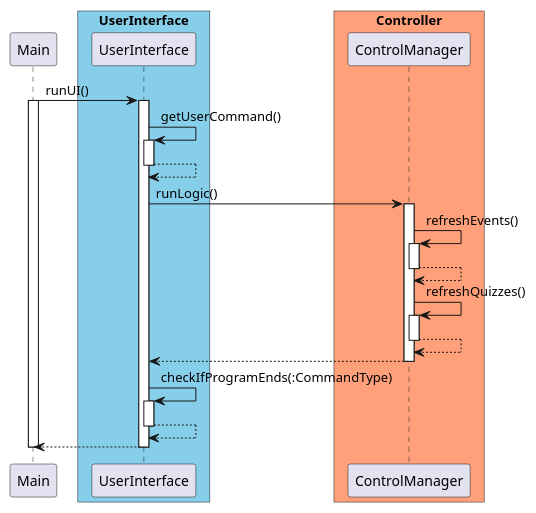
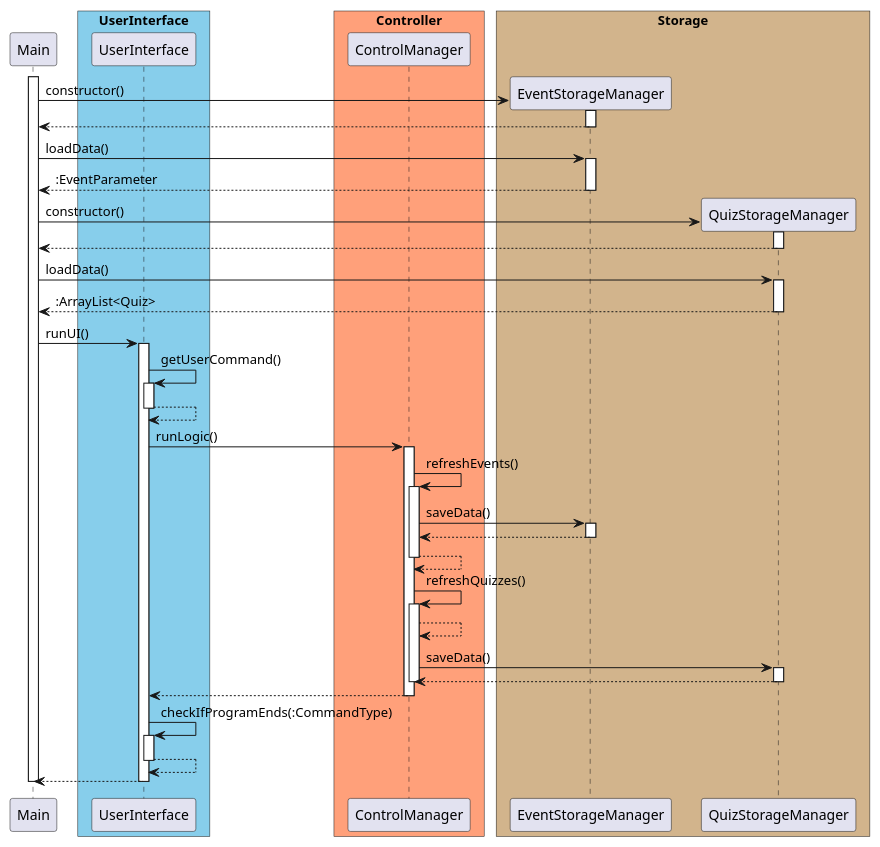
The diagram in docs/diagram/StorageSequence.puml (untitle4/tp), drawn with PlantUML before and after one commit. The commit also changed 5 other files, not shown here.

Commit message:
Revise StorageSequence.puml

```diff
--- a/docs/diagram/StorageSequence.puml
+++ b/docs/diagram/StorageSequence.puml
@@ -1,44 +1,78 @@
 @startuml
 
 skinparam ParticipantPadding 10
 skinparam BoxPadding 5
 
 participant Main
 
 box "UserInterface" #skyblue
 participant UserInterface
 end box
 
 box "Controller" #LightSalmon
 participant ControlManager
 end box
 
+box "Storage" #Tan
+participant EventStorageManager
+participant QuizStorageManager
+end box
+
+activate Main
+Main -> EventStorageManager** : constructor()
+activate EventStorageManager
+EventStorageManager --> Main
+deactivate EventStorageManager
+
+Main -> EventStorageManager : loadData()
+activate EventStorageManager
+EventStorageManager --> Main : :EventParameter
+deactivate EventStorageManager
+
+Main -> QuizStorageManager** : constructor()
+activate QuizStorageManager
+QuizStorageManager --> Main
+deactivate QuizStorageManager
+
+Main -> QuizStorageManager : loadData()
+activate QuizStorageManager
+QuizStorageManager --> Main : :ArrayList<Quiz>
+deactivate QuizStorageManager
+
 Main -> UserInterface : runUI()
-activate Main
 activate UserInterface
 UserInterface -> UserInterface : getUserCommand()
 activate UserInterface
 UserInterface --> UserInterface
 deactivate UserInterface
 UserInterface -> ControlManager : runLogic()
 activate ControlManager
 ControlManager -> ControlManager : refreshEvents()
 activate ControlManager
+ControlManager -> EventStorageManager : saveData()
+activate EventStorageManager
+EventStorageManager --> ControlManager
+deactivate EventStorageManager
 ControlManager --> ControlManager
 deactivate ControlManager
 ControlManager -> ControlManager : refreshQuizzes()
 activate ControlManager
 ControlManager --> ControlManager
+ControlManager -> QuizStorageManager : saveData()
+activate QuizStorageManager
+QuizStorageManager --> ControlManager
+deactivate QuizStorageManager
 deactivate ControlManager
 ControlManager --> UserInterface
+deactivate ControlManager
 deactivate ControlManager
 UserInterface -> UserInterface : checkIfProgramEnds(:CommandType)
 activate UserInterface
 UserInterface --> UserInterface
 deactivate UserInterface
 deactivate ControlManager
 UserInterface --> Main
 deactivate UserInterface
 deactivate Main
 
 @enduml
```
